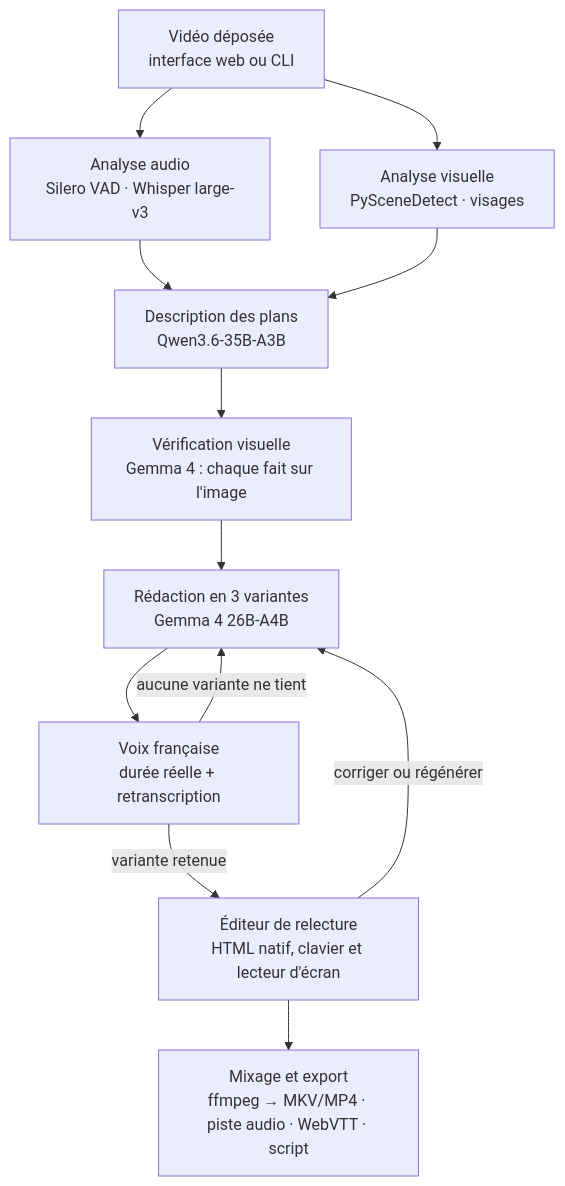
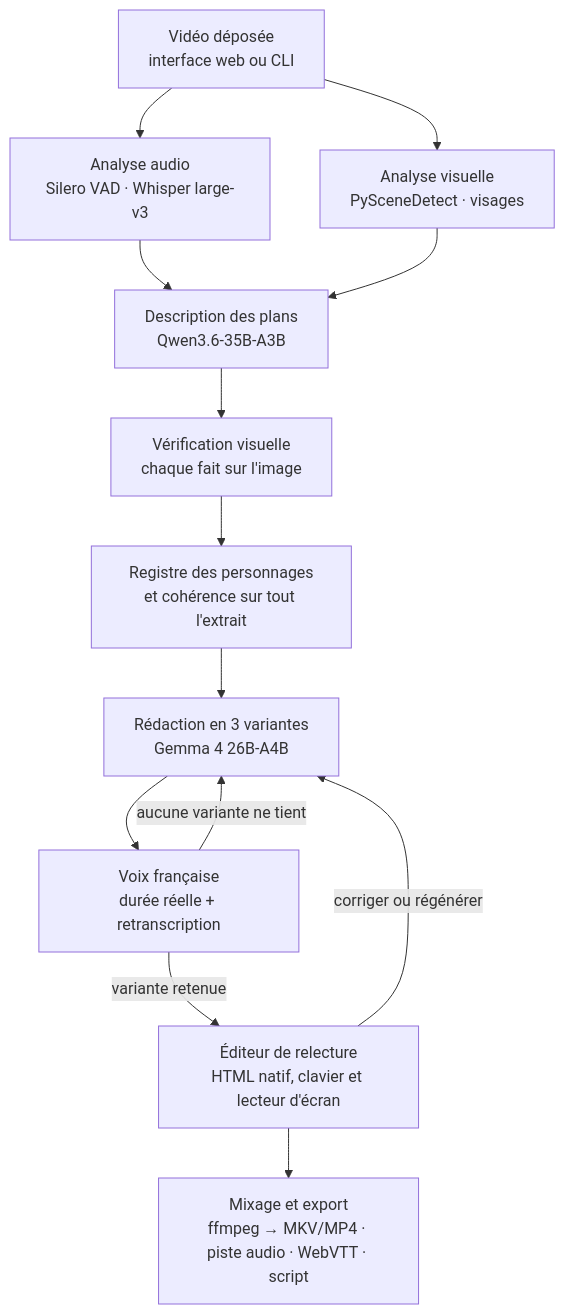
One commit to swinn37/AudesIA changed the diagram in AUDESIA.md. Above: the diagram before and after it, drawn with Mermaid. The commit also changed other lines of this file and 2 other files, not shown here.

First line of the commit message:
Ajoute un registre des personnages et une passe de cohérence

````diff
--- a/AUDESIA.md
+++ b/AUDESIA.md
@@ -125,14 +125,15 @@
 ```mermaid
 flowchart TD
   A[Vidéo déposée<br/>interface web ou CLI] --> B[Analyse audio<br/>Silero VAD · Whisper large-v3]
   A --> C[Analyse visuelle<br/>PySceneDetect · visages]
   B --> D[Description des plans<br/>Qwen3.6-35B-A3B]
   C --> D
-  D --> V[Vérification visuelle<br/>Gemma 4 : chaque fait sur l'image]
-  V --> E[Rédaction en 3 variantes<br/>Gemma 4 26B-A4B]
+  D --> V[Vérification visuelle<br/>chaque fait sur l'image]
+  V --> R[Registre des personnages<br/>et cohérence sur tout l'extrait]
+  R --> E[Rédaction en 3 variantes<br/>Gemma 4 26B-A4B]
   E --> F[Voix française<br/>durée réelle + retranscription]
   F -- aucune variante ne tient --> E
   F -- variante retenue --> G[Éditeur de relecture<br/>HTML natif, clavier et lecteur d'écran]
   G -- corriger ou régénérer --> E
   G --> H[Mixage et export<br/>ffmpeg → MKV/MP4 · piste audio · WebVTT · script]
 ```
````
